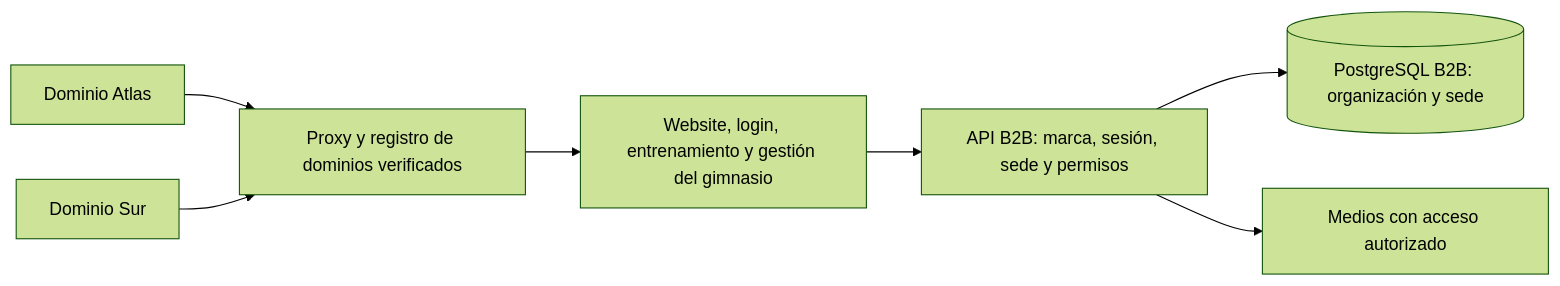
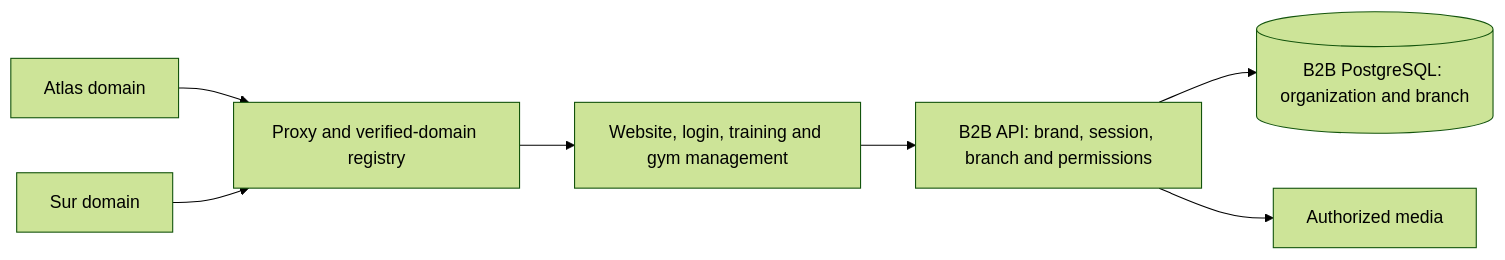
One commit to pablitxn/klisteniapp changed the first of 2 diagrams in docs/architecture.md. Above: the diagram before and after it, drawn with Mermaid (forest theme). The commit also changed other lines of this file and 30 other files, not shown here.

````diff
--- a/docs/architecture.md
+++ b/docs/architecture.md
@@ -89,9 +124,9 @@
 ```mermaid
 flowchart LR
-  Atlas["Dominio Atlas"] --> Proxy["Proxy y registro de dominios verificados"]
-  Sur["Dominio Sur"] --> Proxy
-  Proxy --> App["Website, login, entrenamiento y gestión del gimnasio"]
-  App --> API["API B2B: marca, sesión, sede y permisos"]
-  API --> DB[("PostgreSQL B2B: organización y sede")]
-  API --> Media["Medios con acceso autorizado"]
+  Atlas["Atlas domain"] --> Proxy["Proxy and verified-domain registry"]
+  Sur["Sur domain"] --> Proxy
+  Proxy --> App["Website, login, training and gym management"]
+  App --> API["B2B API: brand, session, branch and permissions"]
+  API --> DB[("B2B PostgreSQL: organization and branch")]
+  API --> Media["Authorized media"]
 ```
````
